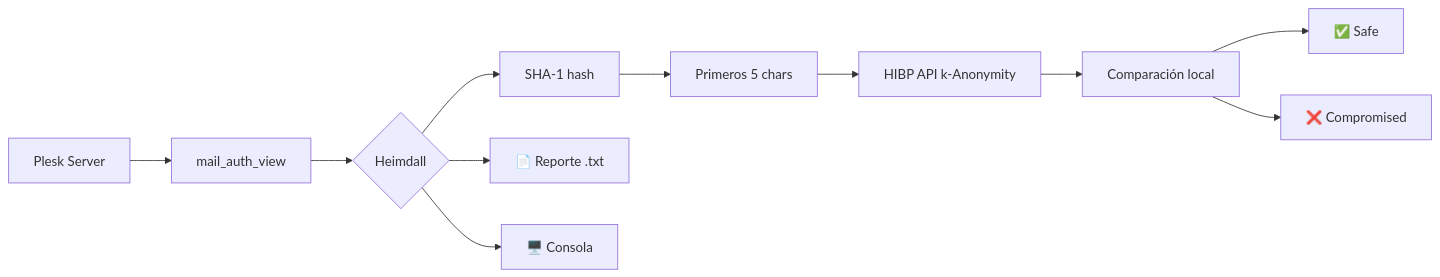
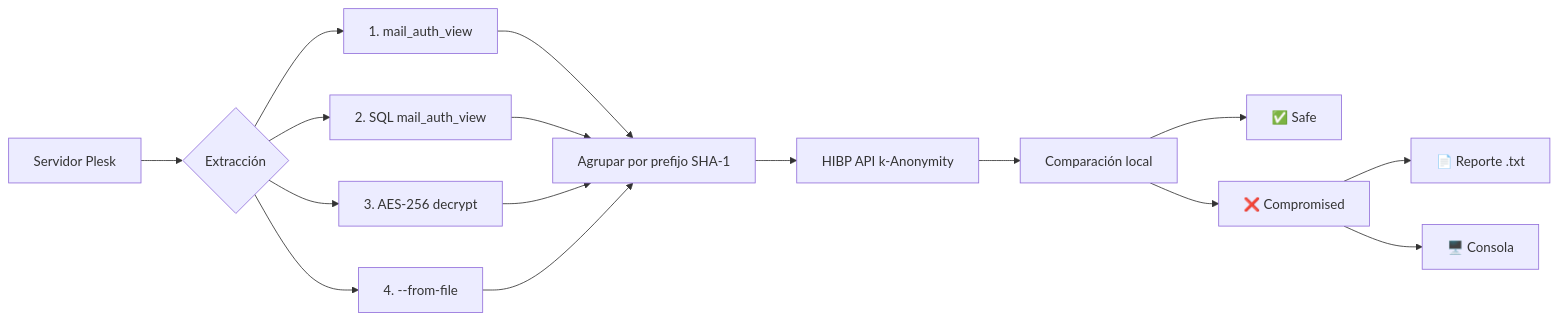
One commit to httpbnry/heimdall changed the diagram in README.md. Above: the diagram before and after it, drawn with Mermaid. The commit also changed other lines of this file and 4 other files, not shown here.

First line of the commit message:
4 backends de extracción: binario, SQL, AES-256 decrypt, --from-file

````diff
--- a/README.md
+++ b/README.md
@@ -136,13 +161,18 @@
 ```mermaid
 flowchart LR
-    A[Plesk Server] --> B[mail_auth_view]
-    B --> C{Heimdall}
-    C --> D[SHA-1 hash]
-    D --> E[Primeros 5 chars]
-    E --> F[HIBP API k-Anonymity]
-    F --> G[Comparación local]
-    G --> H[✅ Safe]
-    G --> I[❌ Compromised]
-    C --> J[📄 Reporte .txt]
-    C --> K[🖥️ Consola]
+    A[Servidor Plesk] --> B{Extracción}
+    B --> C[1. mail_auth_view]
+    B --> D[2. SQL mail_auth_view]
+    B --> E[3. AES-256 decrypt]
+    B --> F[4. --from-file]
+    C --> G[Agrupar por prefijo SHA-1]
+    D --> G
+    E --> G
+    F --> G
+    G --> H[HIBP API k-Anonymity]
+    H --> I[Comparación local]
+    I --> J[✅ Safe]
+    I --> K[❌ Compromised]
+    K --> L[📄 Reporte .txt]
+    K --> M[🖥️ Consola]
 ```
````
